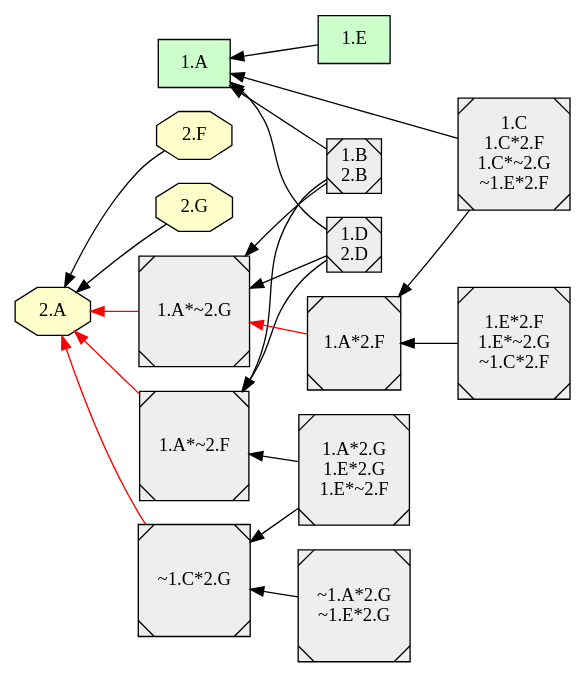
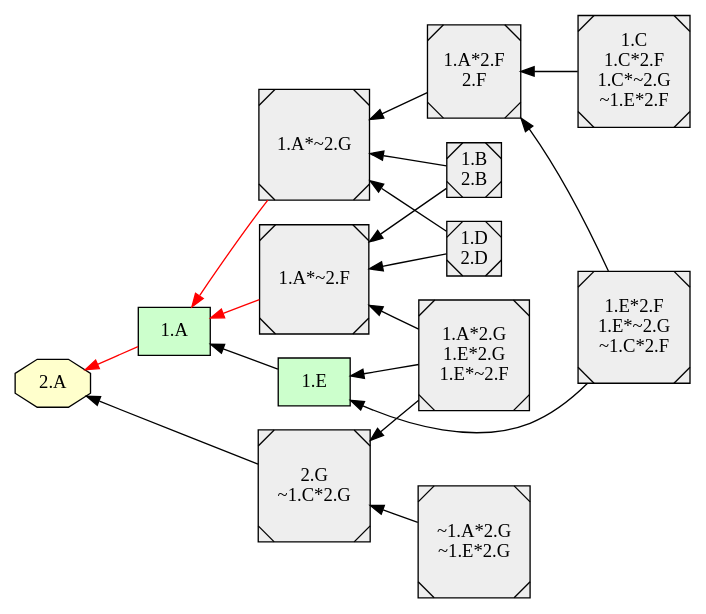
One commit to EulerProject/EulerX changed the diagram in example/abstract4/abstract4_5.dot. Above: the diagram before and after it, drawn with Graphviz. The commit also changed 18 other files, not shown here.

```diff
--- a/example/abstract4/abstract4_5.dot
+++ b/example/abstract4/abstract4_5.dot
@@ -1,92 +1,103 @@
 digraph {
 
 rankdir = RL
 
   node [shape=box style="filled" fillcolor="#CCFFCC"]
   "1.E"
   "1.A"
   "1.A"
   "1.A"
   "1.A"
+  "1.E"
+  "1.E"
+  "1.A"
+  "1.A"
+  "1.A"
+  "1.A"
+  "1.A"
+  "1.A"
   node [shape=octagon style="filled" fillcolor="#FFFFCC"]
-  "2.F"
-  "2.A"
-  "2.G"
-  "2.A"
   "2.A"
   "2.A"
   "2.A"
   "2.A"
   "2.A"
   "2.A"
   "2.A"
   "2.A"
   "2.A"
   node [shape=Msquare style="filled" fillcolor="#EEEEEE"]
   "1.B\n2.B"
+  "2.G\n~1.C*2.G"
+  "1.A*2.F\n2.F"
   "1.D\n2.D"
   "1.D\n2.D"
   "1.A*2.G\n1.E*2.G\n1.E*~2.F"
   "1.E*2.F\n1.E*~2.G\n~1.C*2.F"
   "1.B\n2.B"
+  "1.A*2.F\n2.F"
   "1.C\n1.C*2.F\n1.C*~2.G\n~1.E*2.F"
   "~1.A*2.G\n~1.E*2.G"
-  "1.A*2.F"
   "1.A*~2.G"
   "1.A*~2.F"
-  "1.A*~2.G"
-  "~1.C*2.G"
+  "1.A*2.G\n1.E*2.G\n1.E*~2.F"
   "1.A*2.G\n1.E*2.G\n1.E*~2.F"
   "1.A*~2.F"
+  "1.E*2.F\n1.E*~2.G\n~1.C*2.F"
+  "2.G\n~1.C*2.G"
   "1.A*2.G\n1.E*2.G\n1.E*~2.F"
-  "~1.C*2.G"
-  "1.E*2.F\n1.E*~2.G\n~1.C*2.F"
-  "1.A*2.F"
-  "1.C\n1.C*2.F\n1.C*~2.G\n~1.E*2.F"
-  "1.C\n1.C*2.F\n1.C*~2.G\n~1.E*2.F"
-  "1.A*2.F"
+  "2.G\n~1.C*2.G"
   "1.B\n2.B"
+  "1.A*~2.G"
   "1.B\n2.B"
   "1.A*~2.F"
-  "1.B\n2.B"
+  "~1.A*2.G\n~1.E*2.G"
+  "2.G\n~1.C*2.G"
+  "1.A*2.F\n2.F"
   "1.A*~2.G"
-  "~1.A*2.G\n~1.E*2.G"
-  "~1.C*2.G"
+  "1.E*2.F\n1.E*~2.G\n~1.C*2.F"
+  "1.A*2.F\n2.F"
+  "1.C\n1.C*2.F\n1.C*~2.G\n~1.E*2.F"
+  "1.A*2.F\n2.F"
   "1.D\n2.D"
+  "1.A*~2.G"
   "1.D\n2.D"
   "1.A*~2.F"
-  "1.D\n2.D"
-  "1.A*~2.G"
+  "1.A*2.G\n1.E*2.G\n1.E*~2.F"
   "1.A*2.G\n1.E*2.G\n1.E*~2.F"
   "1.E*2.F\n1.E*~2.G\n~1.C*2.F"
   "1.E*2.F\n1.E*~2.G\n~1.C*2.F"
+  "1.C\n1.C*2.F\n1.C*~2.G\n~1.E*2.F"
+  "1.C\n1.C*2.F\n1.C*~2.G\n~1.E*2.F"
+  "1.B\n2.B"
+  "1.B\n2.B"
+  "~1.A*2.G\n~1.E*2.G"
+  "1.A*2.F\n2.F"
+  "1.A*2.F\n2.F"
+  "1.E*2.F\n1.E*~2.G\n~1.C*2.F"
   "1.A*~2.G"
   "1.C\n1.C*2.F\n1.C*~2.G\n~1.E*2.F"
-  "1.C\n1.C*2.F\n1.C*~2.G\n~1.E*2.F"
   "1.A*~2.G"
-  "1.B\n2.B"
-  "~1.A*2.G\n~1.E*2.G"
+  "1.D\n2.D"
   "1.D\n2.D"
   "1.E" -> "1.A" [style=filled, color=black];
-  "2.F" -> "2.A" [style=filled, color=black];
-  "2.G" -> "2.A" [style=filled, color=black];
-  "1.A*2.F" -> "1.A*~2.G" [style=filled, color=red];
-  "1.A*~2.F" -> "2.A" [style=filled, color=red];
-  "1.A*~2.G" -> "2.A" [style=filled, color=red];
-  "~1.C*2.G" -> "2.A" [style=filled, color=red];
+  "1.A" -> "2.A" [style=filled, color=red];
+  "1.A*~2.G" -> "1.A" [style=filled, color=red];
+  "1.A*~2.F" -> "1.A" [style=filled, color=red];
+  "1.A*2.G\n1.E*2.G\n1.E*~2.F" -> "1.E" [style=filled, color=black];
   "1.A*2.G\n1.E*2.G\n1.E*~2.F" -> "1.A*~2.F" [style=filled, color=black];
-  "1.A*2.G\n1.E*2.G\n1.E*~2.F" -> "~1.C*2.G" [style=filled, color=black];
-  "1.E*2.F\n1.E*~2.G\n~1.C*2.F" -> "1.A*2.F" [style=filled, color=black];
-  "1.C\n1.C*2.F\n1.C*~2.G\n~1.E*2.F" -> "1.A" [style=filled, color=black];
-  "1.C\n1.C*2.F\n1.C*~2.G\n~1.E*2.F" -> "1.A*2.F" [style=filled, color=black];
-  "1.B\n2.B" -> "1.A" [style=filled, color=black];
+  "1.E*2.F\n1.E*~2.G\n~1.C*2.F" -> "1.E" [style=filled, color=black];
+  "2.G\n~1.C*2.G" -> "2.A" [style=filled, color=black];
+  "1.A*2.G\n1.E*2.G\n1.E*~2.F" -> "2.G\n~1.C*2.G" [style=filled, color=black];
+  "1.B\n2.B" -> "1.A*~2.G" [style=filled, color=black];
   "1.B\n2.B" -> "1.A*~2.F" [style=filled, color=black];
-  "1.B\n2.B" -> "1.A*~2.G" [style=filled, color=black];
-  "~1.A*2.G\n~1.E*2.G" -> "~1.C*2.G" [style=filled, color=black];
-  "1.D\n2.D" -> "1.A" [style=filled, color=black];
+  "~1.A*2.G\n~1.E*2.G" -> "2.G\n~1.C*2.G" [style=filled, color=black];
+  "1.A*2.F\n2.F" -> "1.A*~2.G" [style=filled, color=black];
+  "1.E*2.F\n1.E*~2.G\n~1.C*2.F" -> "1.A*2.F\n2.F" [style=filled, color=black];
+  "1.C\n1.C*2.F\n1.C*~2.G\n~1.E*2.F" -> "1.A*2.F\n2.F" [style=filled, color=black];
+  "1.D\n2.D" -> "1.A*~2.G" [style=filled, color=black];
   "1.D\n2.D" -> "1.A*~2.F" [style=filled, color=black];
-  "1.D\n2.D" -> "1.A*~2.G" [style=filled, color=black];
   subgraph cluster_lg {
     rankdir = LR
   }
 }
```
